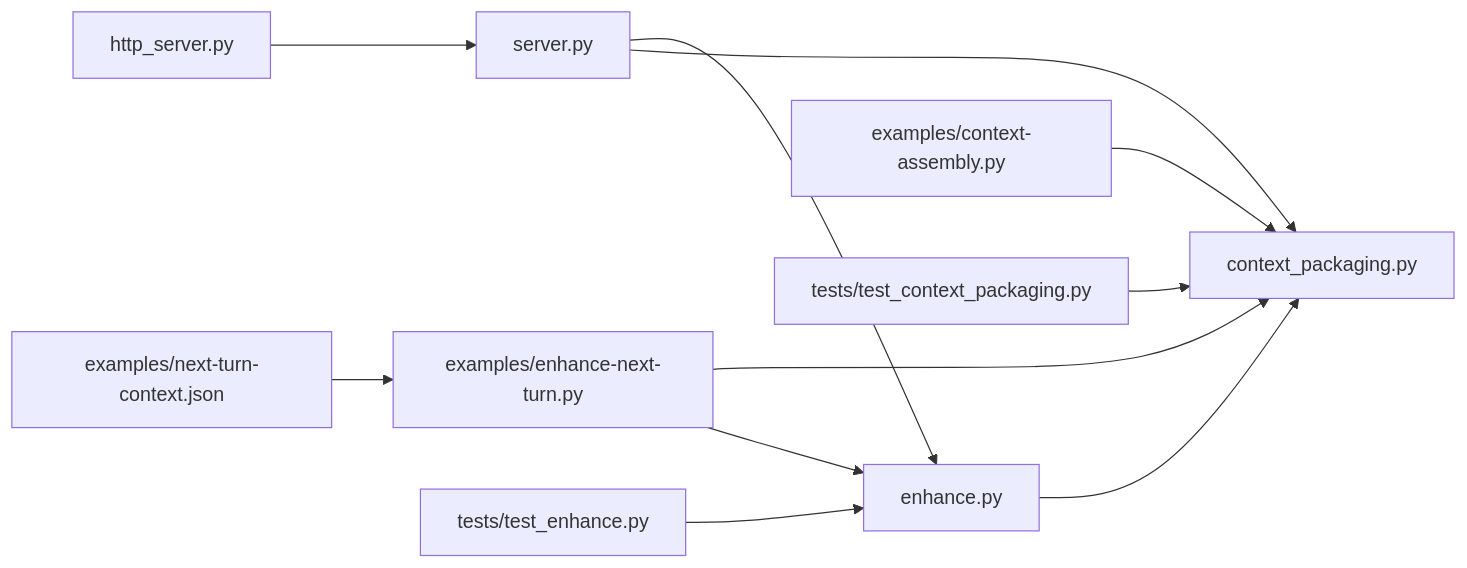
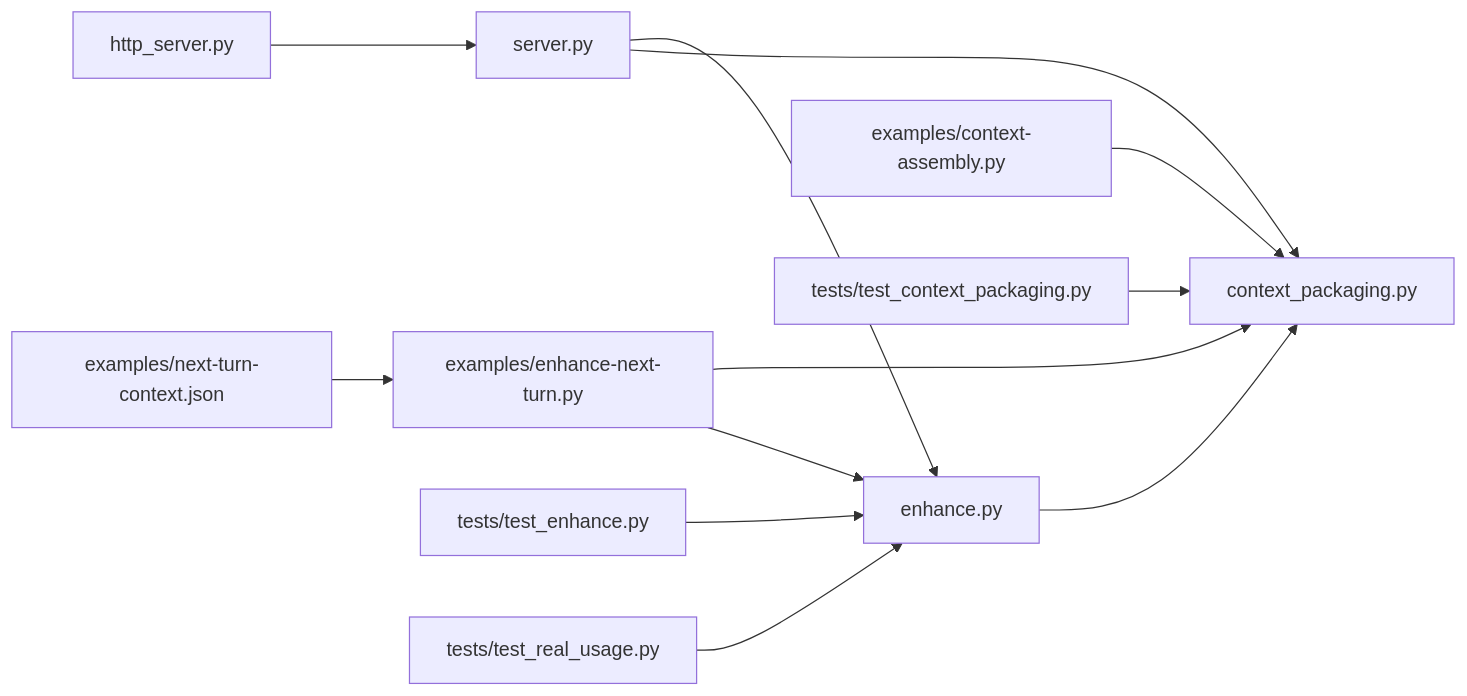
The sixth of 7 diagrams in .qoder/repowiki/zh/content/核心架构/增强引擎.md (WyRainBow/PromptCocoPilot), drawn with Mermaid before and after one commit. The commit also changed other lines of this file and 54 other files, not shown here.

````diff
--- a/.qoder/repowiki/zh/content/核心架构/增强引擎.md
+++ b/.qoder/repowiki/zh/content/核心架构/增强引擎.md
@@ -315,13 +322,14 @@
 ```mermaid
 graph LR
 E["enhance.py"] --> CP["context_packaging.py"]
 S["server.py"] --> E
 S --> CP
 H["http_server.py"] --> S
 X1["examples/context-assembly.py"] --> CP
 X2["examples/enhance-next-turn.py"] --> CP
 X2 --> E
 J["examples/next-turn-context.json"] --> X2
 T1["tests/test_enhance.py"] --> E
 T2["tests/test_context_packaging.py"] --> CP
+T3["tests/test_real_usage.py"] --> E
 ```
````
